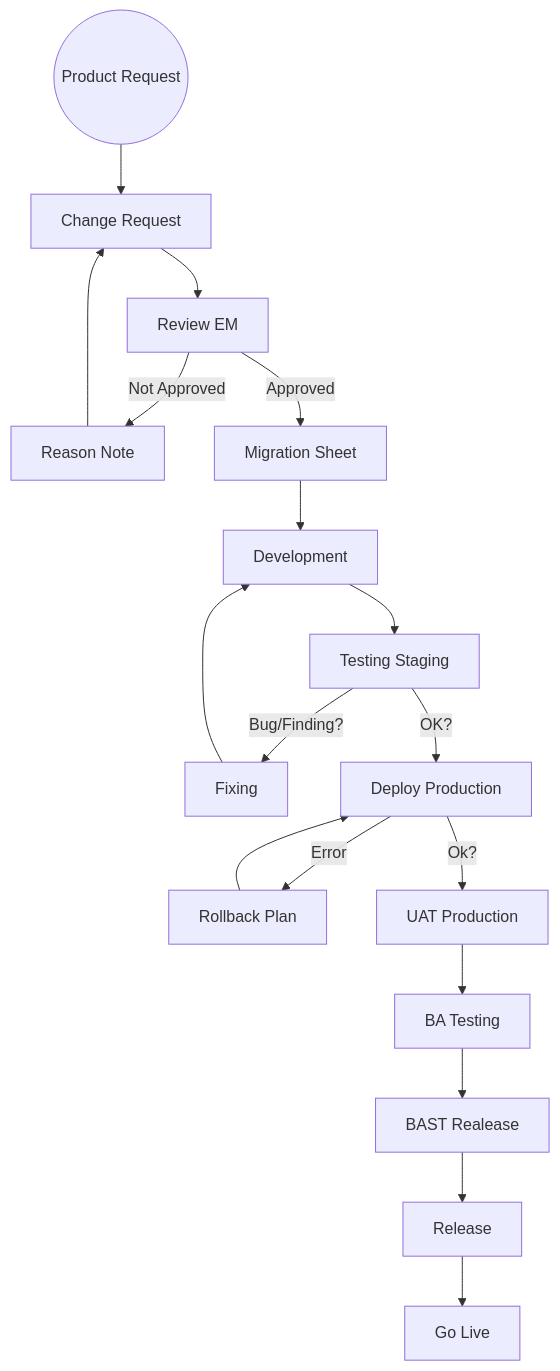
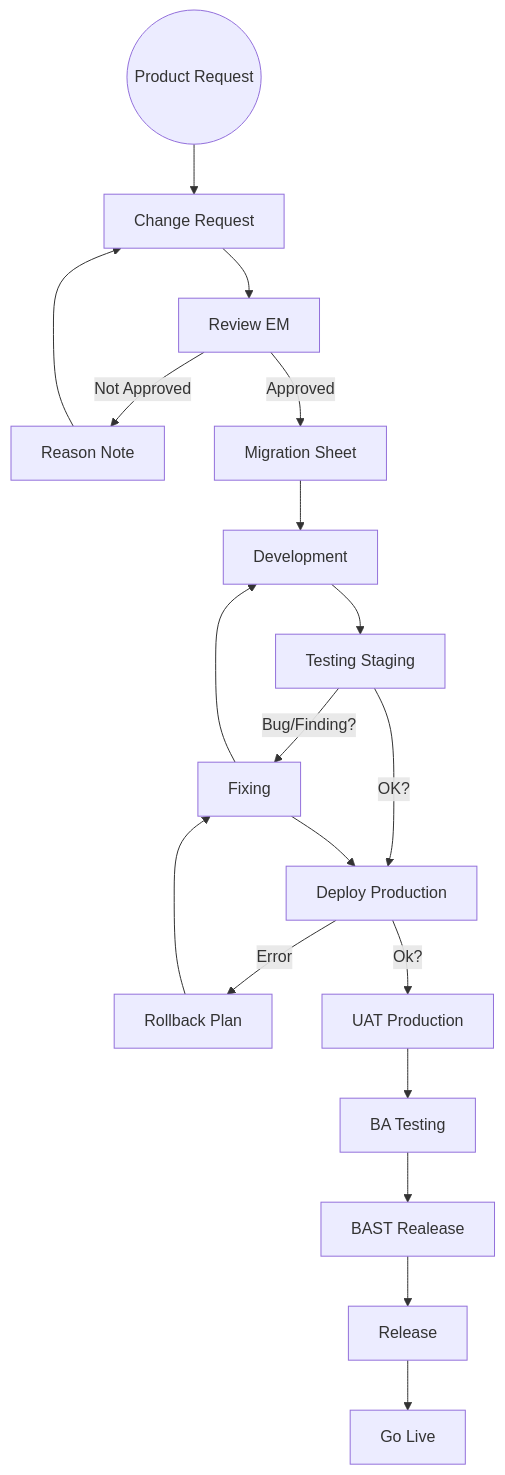
The diagram in change-request-production-flow.md (stephanialvera/grc-documentation), drawn with Mermaid before and after one commit.

Commit message:
Update change-request-production-flow.md
add fixing after rollback

````diff
--- a/change-request-production-flow.md
+++ b/change-request-production-flow.md
@@ -1,20 +1,21 @@
 ``` mermaid
 graph TD;
     Start((Product Request)) --> CR[Change Request];
     CR --> ReviewEM[Review EM];
     ReviewEM --> |Not Approved| NoteReviewEM[Reason Note];
     NoteReviewEM --> CR;
     ReviewEM --> |Approved| MS[Migration Sheet];
     MS --> Development[Development];
     Development --> UATStg[Testing Staging];
     UATStg --> |Bug/Finding?| fixing[Fixing];
     fixing --> Development;
     UATStg--> |OK?| Deployment[Deploy Production];
     Deployment --> |Error| RP[Rollback Plan];
-    RP --> Deployment;
+    RP --> fixing;
+    fixing --> Deployment;
     Deployment --> |Ok?| UATProd[UAT Production];
     UATProd --> BATest[BA Testing];
     BATest --> BAGoLive[BAST Realease];
     BAGoLive --> Release;
     Release --> GoLive[Go Live];
 ```
````
